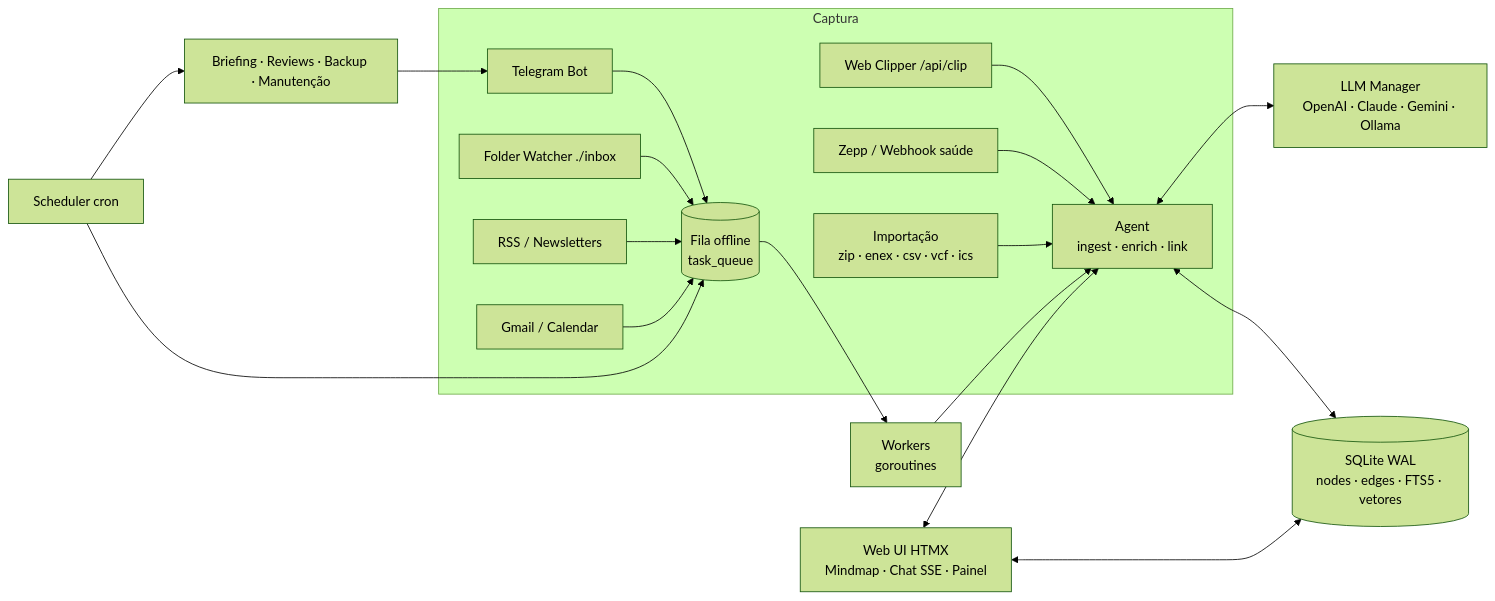
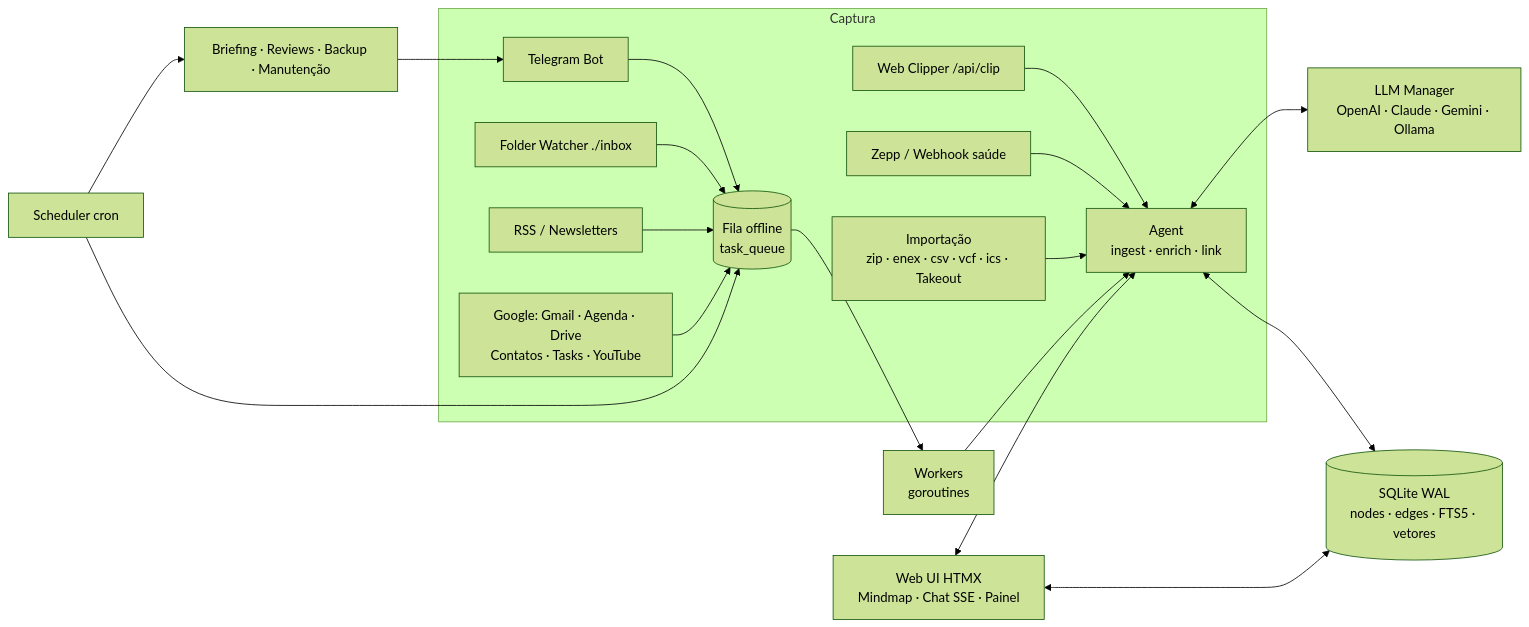
The diagram in README.md (inakano89/second-brain), drawn with Mermaid (forest theme) before and after one commit. The commit also changed other lines of this file and 39 other files, not shown here.

````diff
--- a/README.md
+++ b/README.md
@@ -64,21 +64,21 @@
 ```mermaid
 flowchart LR
   subgraph Captura
     TG[Telegram Bot] --> Q
     WC[Web Clipper /api/clip] --> AG
     FW[Folder Watcher ./inbox] --> Q
     RSS[RSS / Newsletters] --> Q
-    GM[Gmail / Calendar] --> Q
+    GM[Google: Gmail · Agenda · Drive<br/>Contatos · Tasks · YouTube] --> Q
     ZP[Zepp / Webhook saúde] --> AG
-    IM[Importação<br/>zip · enex · csv · vcf · ics] --> AG
+    IM[Importação<br/>zip · enex · csv · vcf · ics · Takeout] --> AG
   end
   Q[(Fila offline<br/>task_queue)] --> W[Workers<br/>goroutines]
   W --> AG[Agent<br/>ingest · enrich · link]
   AG <--> LLM[LLM Manager<br/>OpenAI · Claude · Gemini · Ollama]
   AG <--> DB[(SQLite WAL<br/>nodes · edges · FTS5 · vetores)]
   S[Scheduler cron] --> Q
   S --> R[Briefing · Reviews · Backup · Manutenção]
   R --> TG
   WEB[Web UI HTMX<br/>Mindmap · Chat SSE · Painel] <--> AG
   WEB <--> DB
 ```
````
